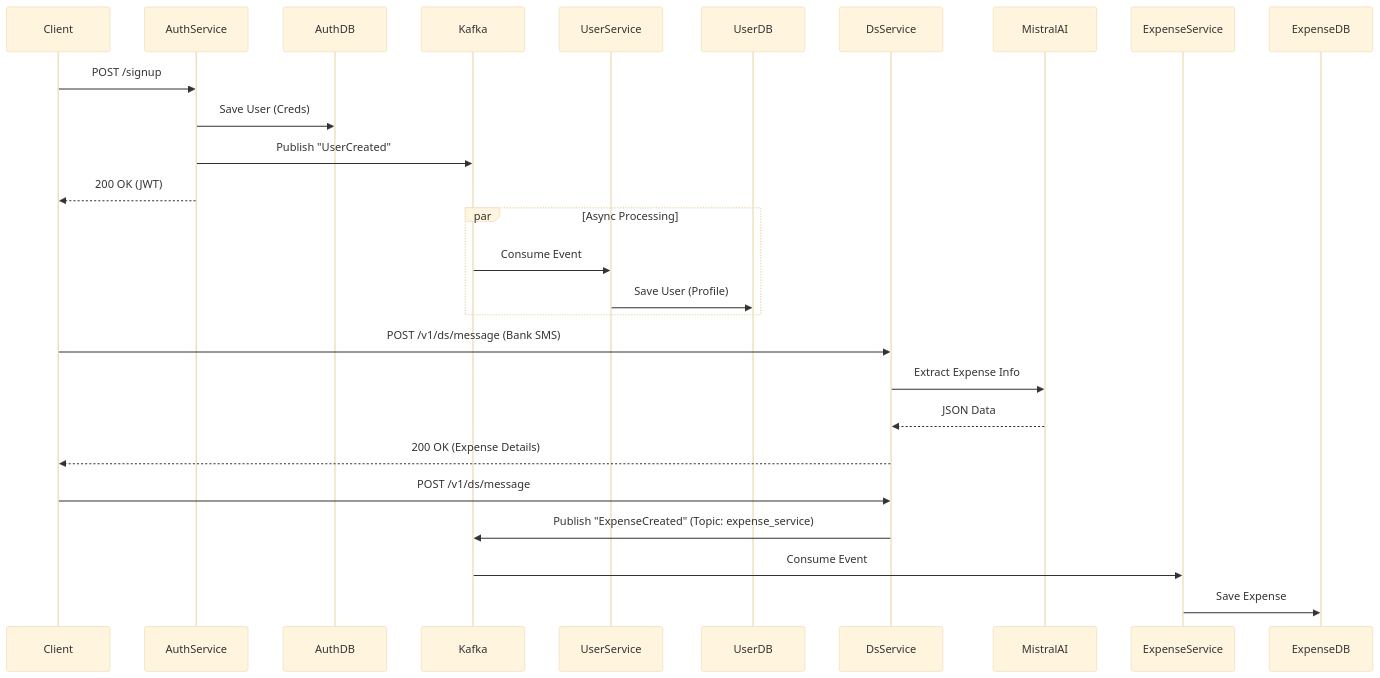
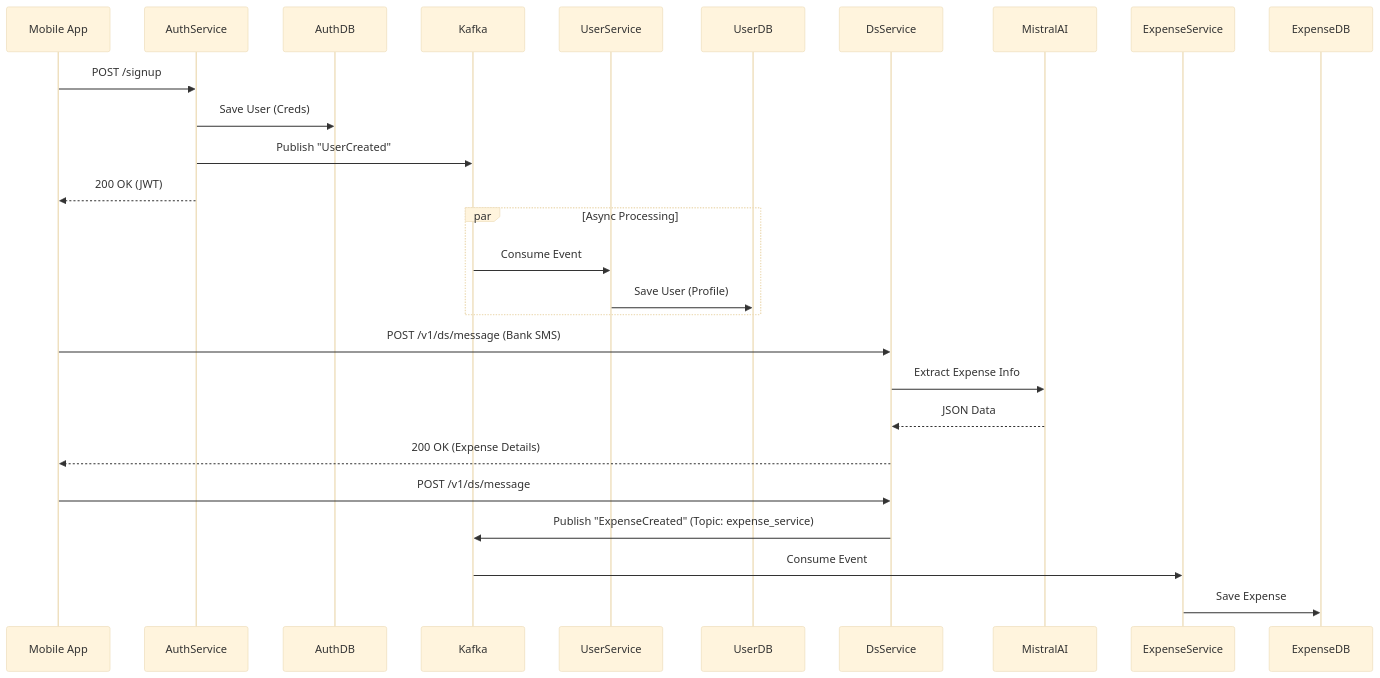
One commit to Arnav05-cyber/Expense_Tracker changed the diagram in README.md. Above: the diagram before and after it, drawn with Mermaid (base theme). The commit also changed other lines of this file and 57 other files, not shown here.

Commit message:
feat: add frontend mobile app with expo and gluestack-ui, update readme

````diff
--- a/README.md
+++ b/README.md
@@ -9,31 +9,33 @@
 ```mermaid
 sequenceDiagram
-    participant Client
+    participant Customer as Mobile App
     participant AuthService
     participant AuthDB
     participant Kafka
     participant UserService
     participant UserDB
     participant DsService
     participant MistralAI
+    participant ExpenseService
+    participant ExpenseDB
 
-    Client->>AuthService: POST /signup
+    Customer->>AuthService: POST /signup
     AuthService->>AuthDB: Save User (Creds)
     AuthService->>Kafka: Publish "UserCreated"
-    AuthService-->>Client: 200 OK (JWT)
+    AuthService-->>Customer: 200 OK (JWT)
 
     par Async Processing
         Kafka->>UserService: Consume Event
         UserService->>UserDB: Save User (Profile)
     end
 
-    Client->>DsService: POST /v1/ds/message (Bank SMS)
+    Customer->>DsService: POST /v1/ds/message (Bank SMS)
     DsService->>MistralAI: Extract Expense Info
     MistralAI-->>DsService: JSON Data
-    DsService-->>Client: 200 OK (Expense Details)
+    DsService-->>Customer: 200 OK (Expense Details)
 
-    Client->>DsService: POST /v1/ds/message
+    Customer->>DsService: POST /v1/ds/message
     DsService->>Kafka: Publish "ExpenseCreated" (Topic: expense_service)
     Kafka->>ExpenseService: Consume Event
     ExpenseService->>ExpenseDB: Save Expense
 ```
````
